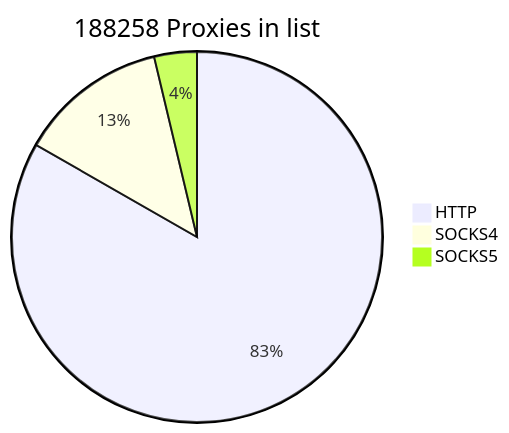
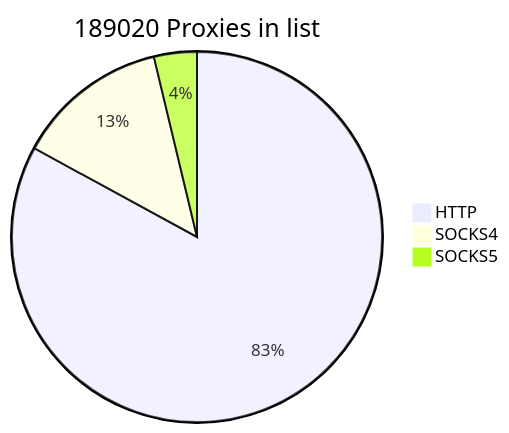
One commit to cutipu/proxylist changed the first of 2 diagrams in README.md. Above: the diagram before and after it, drawn with Mermaid. The commit also changed other lines of this file, not shown here.

````diff
--- a/README.md
+++ b/README.md
@@ -2,7 +2,7 @@
 ```mermaid
-pie title 188258 Proxies in list
-    "HTTP" : 156762
-    "SOCKS4" : 24489
-    "SOCKS5" : 7007
+pie title 189020 Proxies in list
+    "HTTP" : 156788
+    "SOCKS4" : 25157
+    "SOCKS5" : 7075
             
 ```
````
